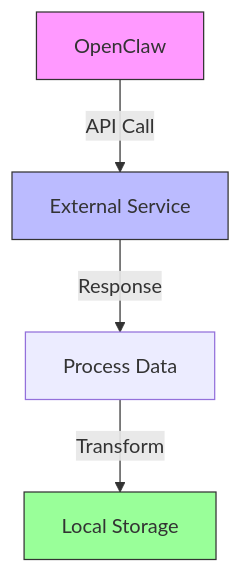
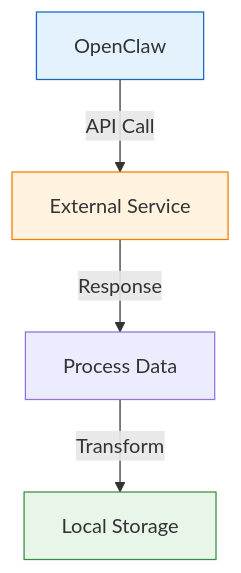
The diagram in docs/auto-generated/integrating-external-services-with-openclaw-2026-03-15.md (fanani-radian/openclaw-sumopod), drawn with Mermaid before and after one commit. The commit also changed other lines of this file and 3 other files, not shown here.

First line of the commit message:
auto: Generate tutorials with improved Mermaid diagrams - March 15, 2026

````diff
--- a/docs/auto-generated/integrating-external-services-with-openclaw-2026-03-15.md
+++ b/docs/auto-generated/integrating-external-services-with-openclaw-2026-03-15.md
@@ -37,10 +37,10 @@
 ```mermaid
 flowchart TD
-    A[OpenClaw] -->|API Call| B[External Service]
-    B -->|Response| C[Process Data]
-    C -->|Transform| D[Local Storage]
+    A["OpenClaw"] -->|API Call| B["External Service"]
+    B -->|Response| C["Process Data"]
+    C -->|Transform| D["Local Storage"]
     
-    style A fill:#f9f,stroke:#333
-    style B fill:#bbf,stroke:#333
-    style D fill:#9f9,stroke:#333
+    style A fill:#e3f2fd,stroke:#1565c0
+    style B fill:#fff3e0,stroke:#f57c00
+    style D fill:#e8f5e9,stroke:#388e3c
 ```
````
